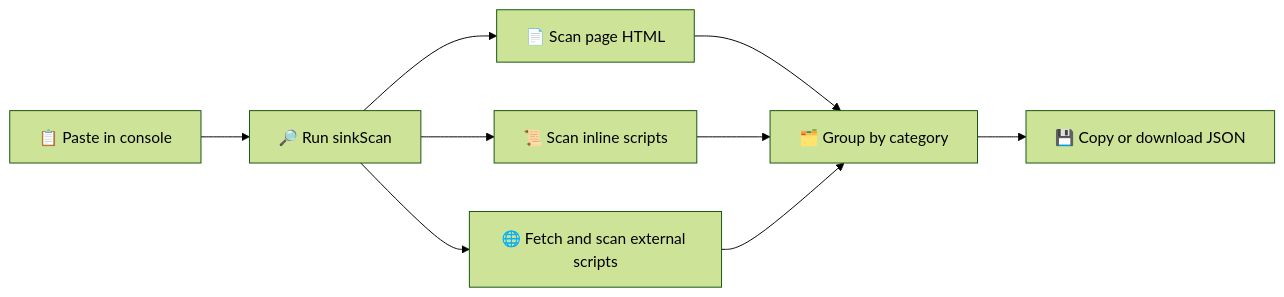
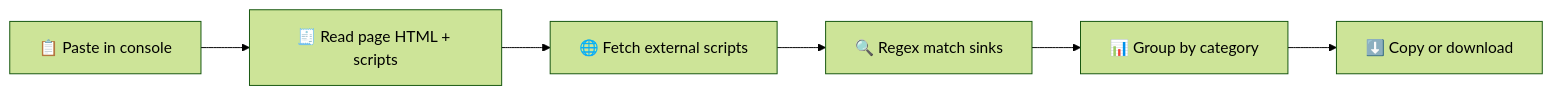
One commit to moh3n355/SinkScan changed the diagram in README.md. Above: the diagram before and after it, drawn with Mermaid (forest theme). The commit also changed other lines of this file, not shown here.

First line of the commit message:
Rename SinkScan to DOM Sink Scanner and update README

````diff
--- a/README.md
+++ b/README.md
@@ -33,11 +34,8 @@
 ```mermaid
 flowchart LR
-    A[📋 Paste in console] --> B[🔎 Run sinkScan]
-    B --> C[📄 Scan page HTML]
-    B --> D[📜 Scan inline scripts]
-    B --> E[🌐 Fetch and scan external scripts]
-    C --> F[🗂️ Group by category]
-    D --> F
-    E --> F
-    F --> G[💾 Copy or download JSON]
+    A[📋 Paste in console] --> B[🧾 Read page HTML + scripts]
+    B --> C[🌐 Fetch external scripts]
+    C --> D[🔍 Regex match sinks]
+    D --> E[📊 Group by category]
+    E --> F[⬇️ Copy or download]
 ```
````
